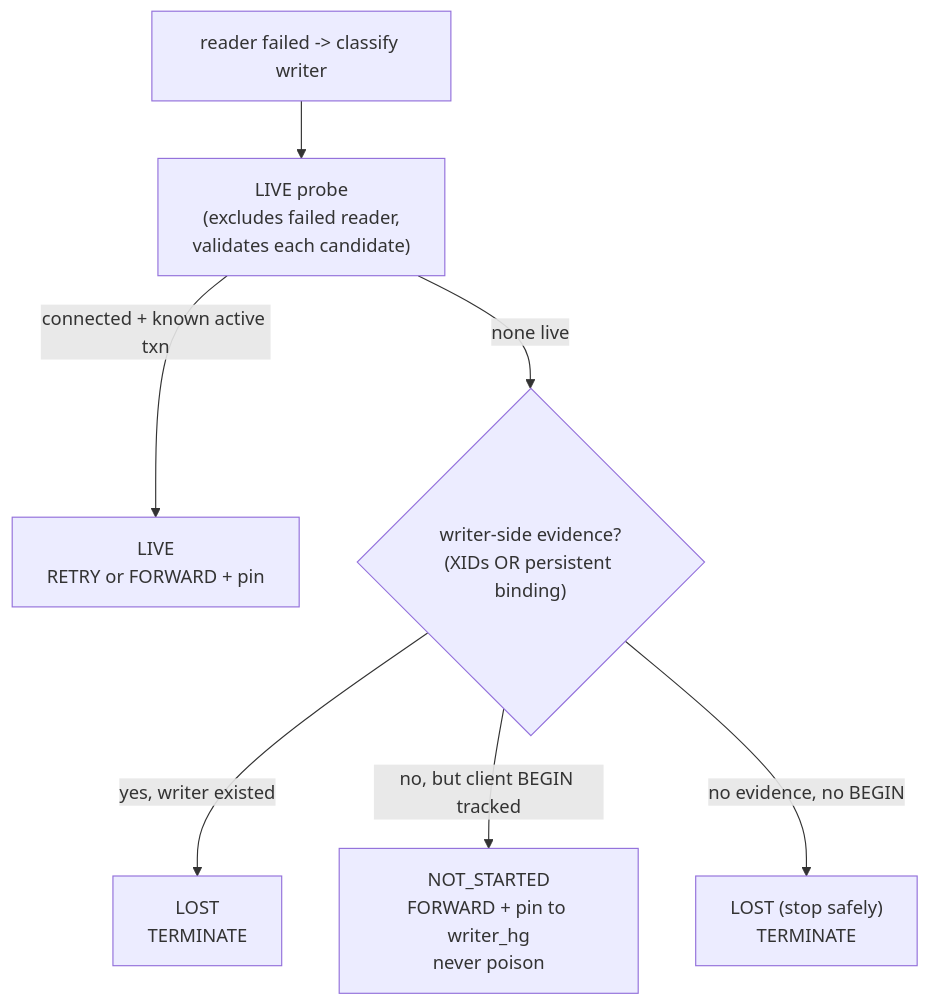
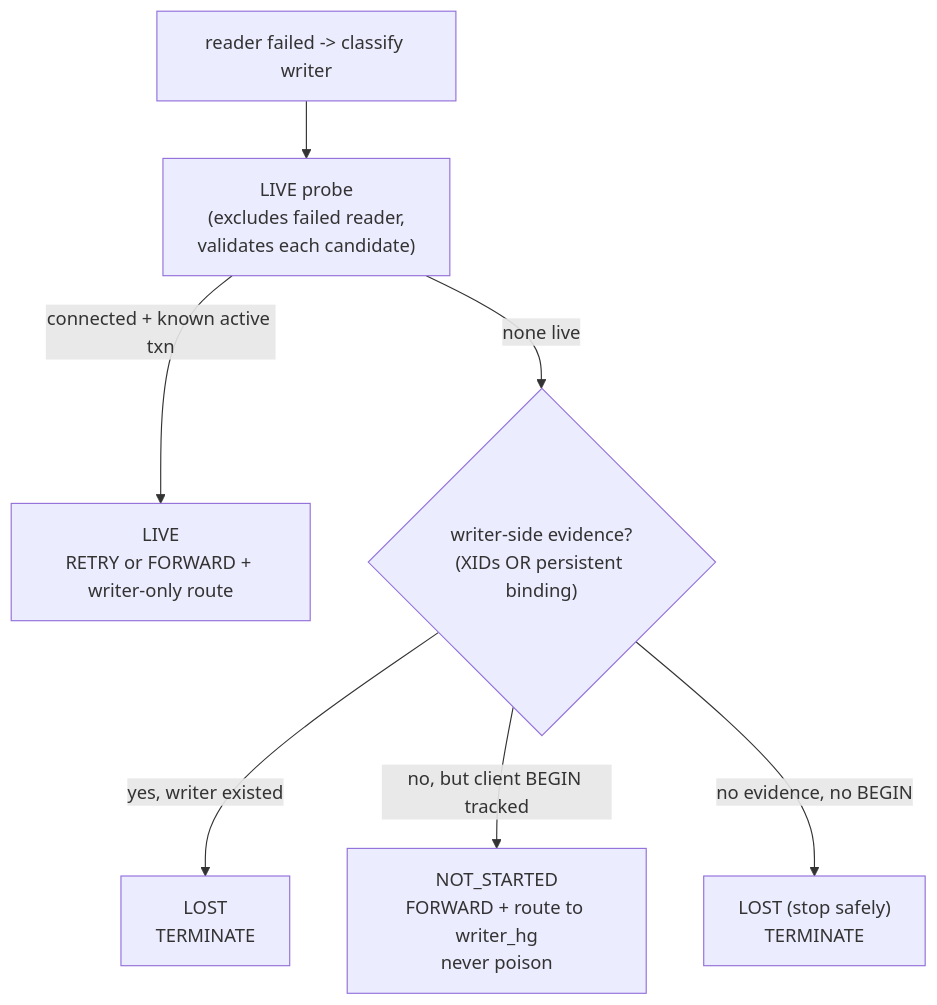
Before and after one commit to awide-labs/polar-proxy: the fourth of 5 diagrams in doc/polardb-arch/20-FUTURE-READER-FAILURE-RETRY-DESIGN.md, drawn with Mermaid. The commit also changed other lines of this file and 21 other files, not shown here.

````diff
--- a/doc/polardb-arch/20-FUTURE-READER-FAILURE-RETRY-DESIGN.md
+++ b/doc/polardb-arch/20-FUTURE-READER-FAILURE-RETRY-DESIGN.md
@@ -518,9 +528,9 @@
 ```mermaid
 flowchart TD
     P["reader failed -> classify writer"] --> LP["LIVE probe<br/>(excludes failed reader,<br/>validates each candidate)"]
-    LP -->|connected + known active txn| LIVE["LIVE<br/>RETRY or FORWARD + pin"]
+    LP -->|connected + known active txn| LIVE["LIVE<br/>RETRY or FORWARD + writer-only route"]
     LP -->|none live| EV{"writer-side evidence?<br/>(XIDs OR persistent binding)"}
     EV -->|yes, writer existed| LOST["LOST<br/>TERMINATE"]
-    EV -->|no, but client BEGIN tracked| NS["NOT_STARTED<br/>FORWARD + pin to writer_hg<br/>never poison"]
+    EV -->|no, but client BEGIN tracked| NS["NOT_STARTED<br/>FORWARD + route to writer_hg<br/>never poison"]
     EV -->|no evidence, no BEGIN| LOST2["LOST (stop safely)<br/>TERMINATE"]
 ```
````
